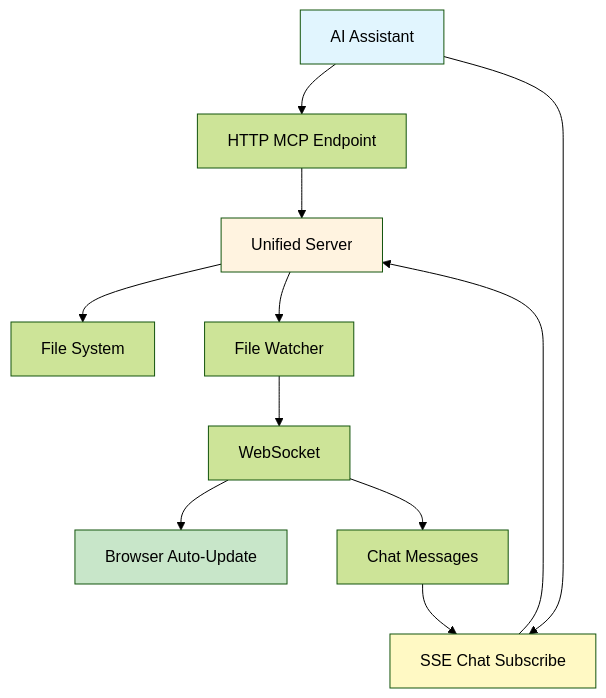
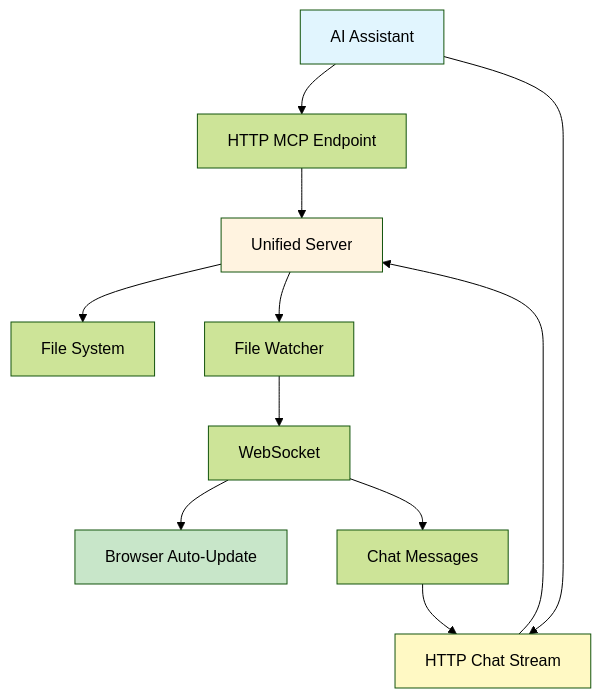
The first of 2 diagrams in README.md (asynkron/Asynkron.LiveView), drawn with Mermaid (forest theme) before and after one commit. The commit also changed other lines of this file and 8 other files, not shown here.

Commit message:
Fix MCP stream logging and retire polling chat tools

````diff
--- a/README.md
+++ b/README.md
@@ -313,18 +313,18 @@
 ```mermaid
 graph TD
     A[AI Assistant] --> B[HTTP MCP Endpoint]
-    A --> H[SSE Chat Subscribe]
+    A --> H[HTTP Chat Stream]
     B --> C[Unified Server]
     H --> C
     C --> D[File System]
     C --> E[File Watcher]
     E --> F[WebSocket]
     F --> G[Browser Auto-Update]
     F --> I[Chat Messages]
     I --> H
     
     style A fill:#e1f5fe
     style C fill:#fff3e0
     style G fill:#c8e6c9
     style H fill:#fff9c4
 ```
````
